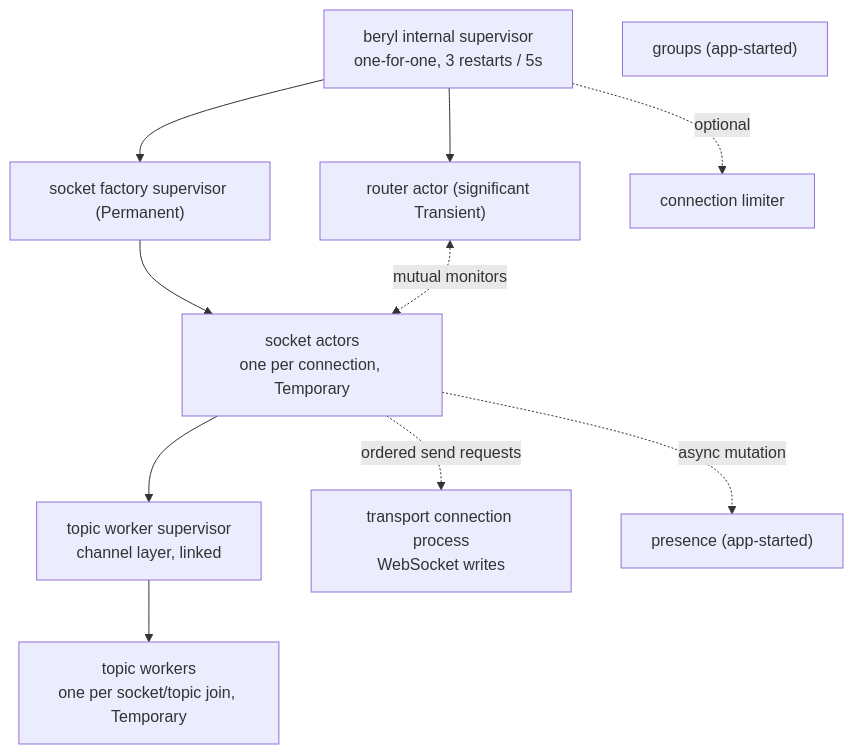
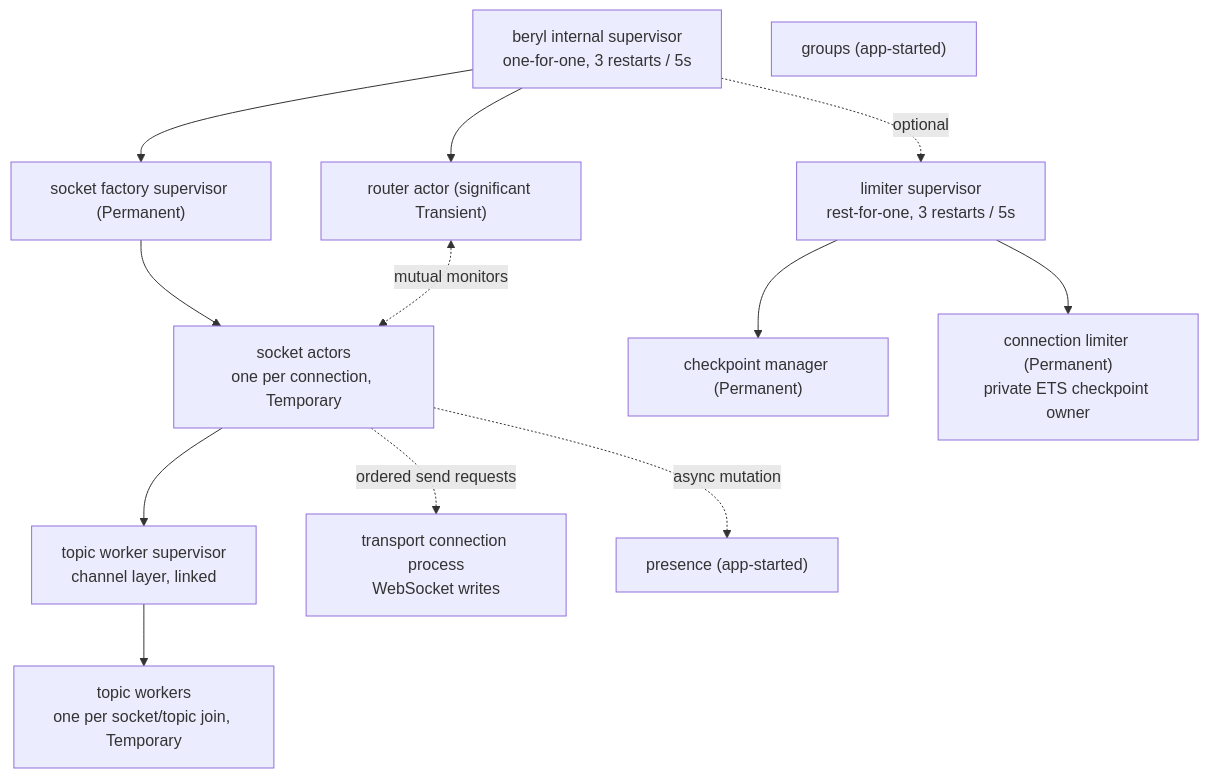
The second of 2 diagrams in website/src/content/docs/architecture/overview.md (tylerbutler/beryl), drawn with Mermaid before and after one commit. The commit also changed other lines of this file and 14 other files, not shown here.

First line of the commit message:
fix(limiter): supervise checkpoint ownership (#716)

````diff
--- a/website/src/content/docs/architecture/overview.md
+++ b/website/src/content/docs/architecture/overview.md
@@ -73,15 +73,17 @@
 ```mermaid
 flowchart TB
   S["beryl internal supervisor<br/>one-for-one, 3 restarts / 5s"]
   S --> SF["socket factory supervisor (Permanent)"]
   SF --> SA["socket actors<br/>one per connection, Temporary"]
   S --> RT["router actor (significant Transient)"]
-  S -. optional .-> CL["connection limiter"]
+  S -. optional .-> LS["limiter supervisor<br/>rest-for-one, 3 restarts / 5s"]
+  LS --> CM["checkpoint manager (Permanent)"]
+  LS --> CL["connection limiter (Permanent)<br/>private ETS checkpoint owner"]
   RT <-. "mutual monitors" .-> SA
   SA --> TS["topic worker supervisor<br/>channel layer, linked"]
   TS --> TW["topic workers<br/>one per socket/topic join, Temporary"]
   SA -. "ordered send requests" .-> T["transport connection process<br/>WebSocket writes"]
   PR["presence (app-started)"]
   GR["groups (app-started)"]
   SA -. "async mutation" .-> PR
 ```
````
